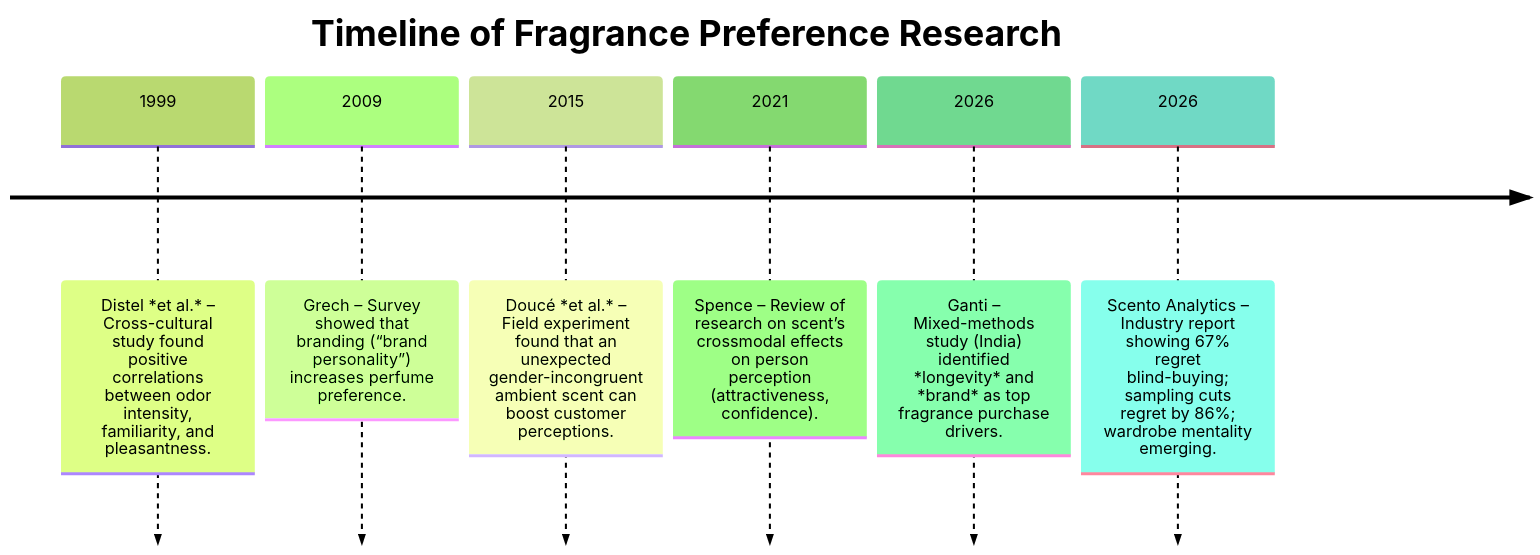
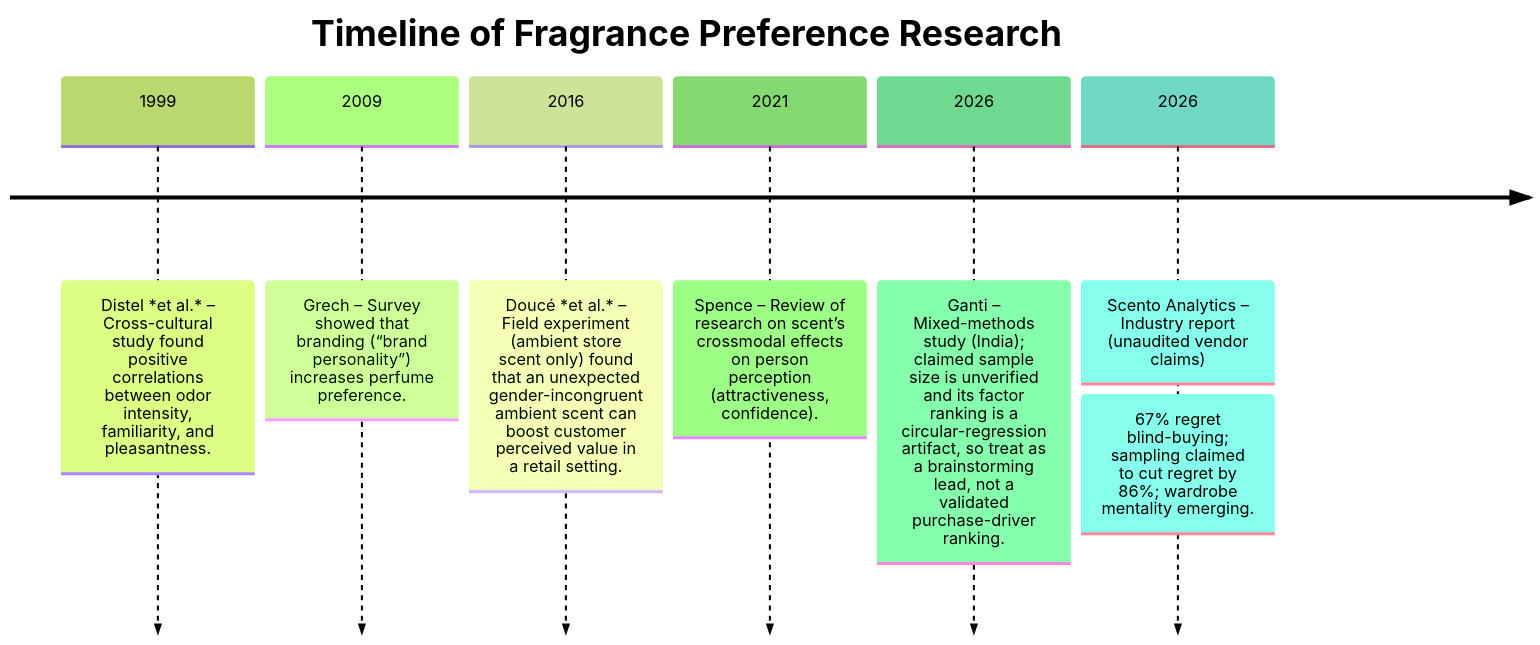
One commit to ByronWilliamsCPA/fragrance-rater changed the diagram in docs/research/deep-research-report (13).md. Above: the diagram before and after it, drawn with Mermaid (forest theme). The commit also changed other lines of this file, not shown here.

````diff
--- a/docs/research/deep-research-report (13).md
+++ b/docs/research/deep-research-report (13).md
@@ -119,10 +119,10 @@
 ```mermaid
 timeline
     title Timeline of Fragrance Preference Research
     1999 : Distel *et al.* – Cross-cultural study found positive correlations between odor intensity, familiarity, and pleasantness.
     2009 : Grech – Survey showed that branding (“brand personality”) increases perfume preference.
-    2015 : Doucé *et al.* – Field experiment found that an unexpected gender-incongruent ambient scent can boost customer perceptions.
+    2016 : Doucé *et al.* – Field experiment (ambient store scent only) found that an unexpected gender-incongruent ambient scent can boost customer perceived value in a retail setting.
     2021 : Spence – Review of research on scent’s crossmodal effects on person perception (attractiveness, confidence).
-    2026 : Ganti – Mixed-methods study (India) identified *longevity* and *brand* as top fragrance purchase drivers.
-    2026 : Scento Analytics – Industry report showing 67% regret blind-buying; sampling cuts regret by 86%; wardrobe mentality emerging.
+    2026 : Ganti – Mixed-methods study (India); claimed sample size is unverified and its factor ranking is a circular-regression artifact, so treat as a brainstorming lead, not a validated purchase-driver ranking.
+    2026 : Scento Analytics – Industry report (unaudited vendor claims): 67% regret blind-buying; sampling claimed to cut regret by 86%; wardrobe mentality emerging.
 ```
````
